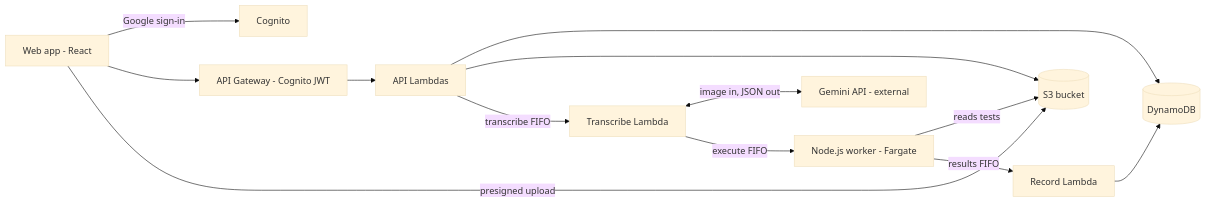
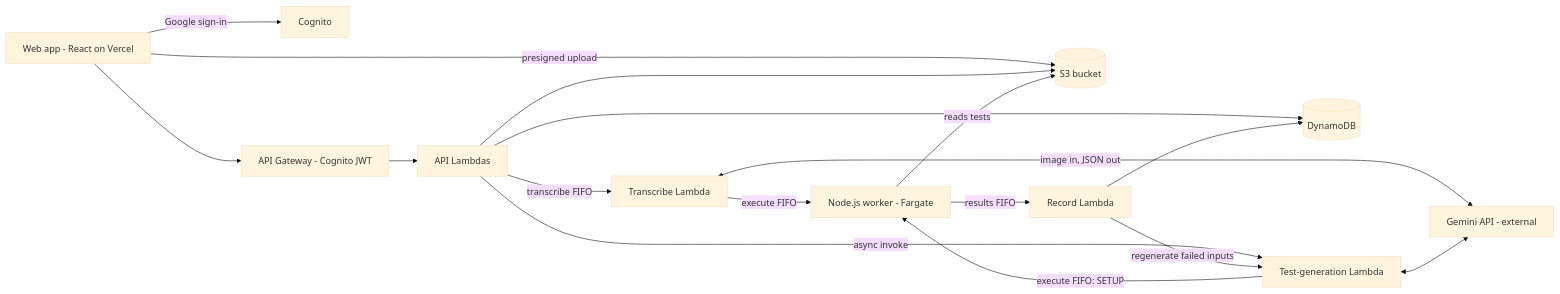
One commit to Tesseract-Official/yulove changed the diagram in docs/DESIGN.md. Above: the diagram before and after it, drawn with Mermaid (base theme). The commit also changed other lines of this file and 26 other files, not shown here.

````diff
--- a/docs/DESIGN.md
+++ b/docs/DESIGN.md
@@ -43,15 +46,19 @@
 ```mermaid
 flowchart LR
-  Web[Web app - React] -->|Google sign-in| Cognito
+  Web[Web app - React on Vercel] -->|Google sign-in| Cognito
   Web --> APIGW[API Gateway - Cognito JWT]
   APIGW --> API[API Lambdas]
   Web -->|presigned upload| S3[(S3 bucket)]
   API --> DDB[(DynamoDB)]
   API --> S3
   API -->|transcribe FIFO| TR[Transcribe Lambda]
   TR <-->|image in, JSON out| Gemini[Gemini API - external]
   TR -->|execute FIFO| WK[Node.js worker - Fargate]
   WK -->|reads tests| S3
   WK -->|results FIFO| REC[Record Lambda]
   REC --> DDB
+  API -->|async invoke| TG[Test-generation Lambda]
+  TG <--> Gemini
+  TG -->|execute FIFO: SETUP| WK
+  REC -->|regenerate failed inputs| TG
 ```
````
